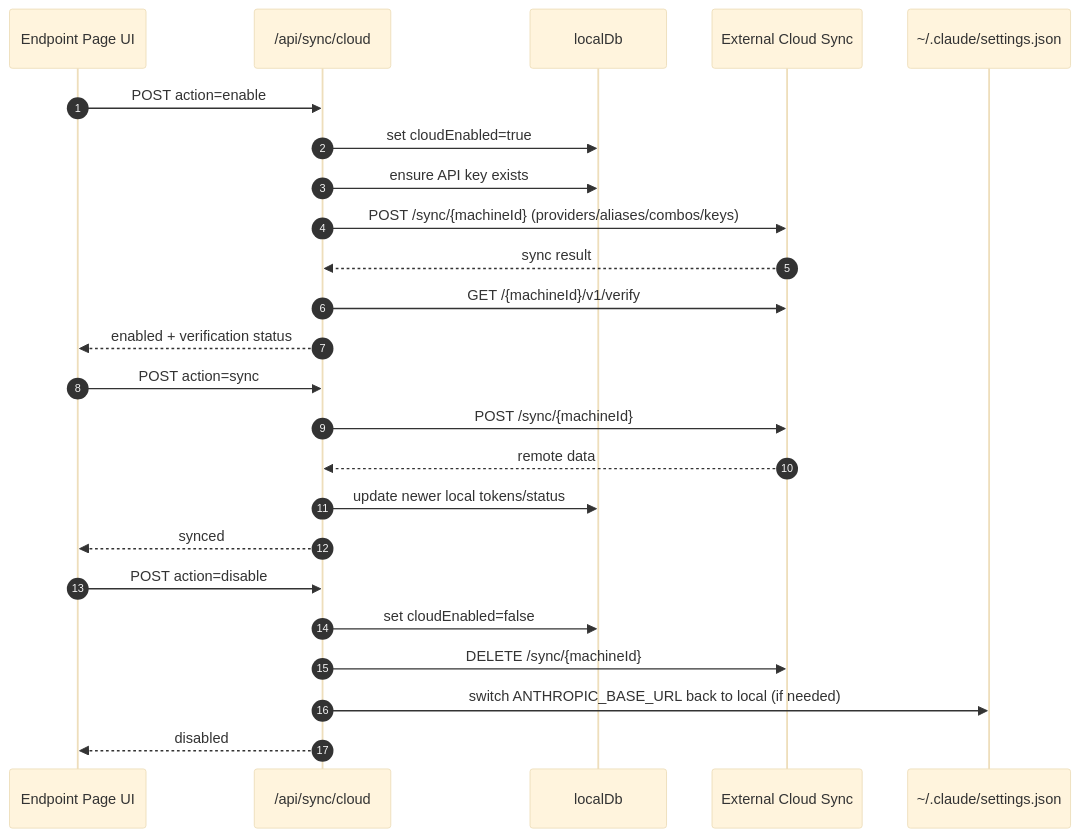
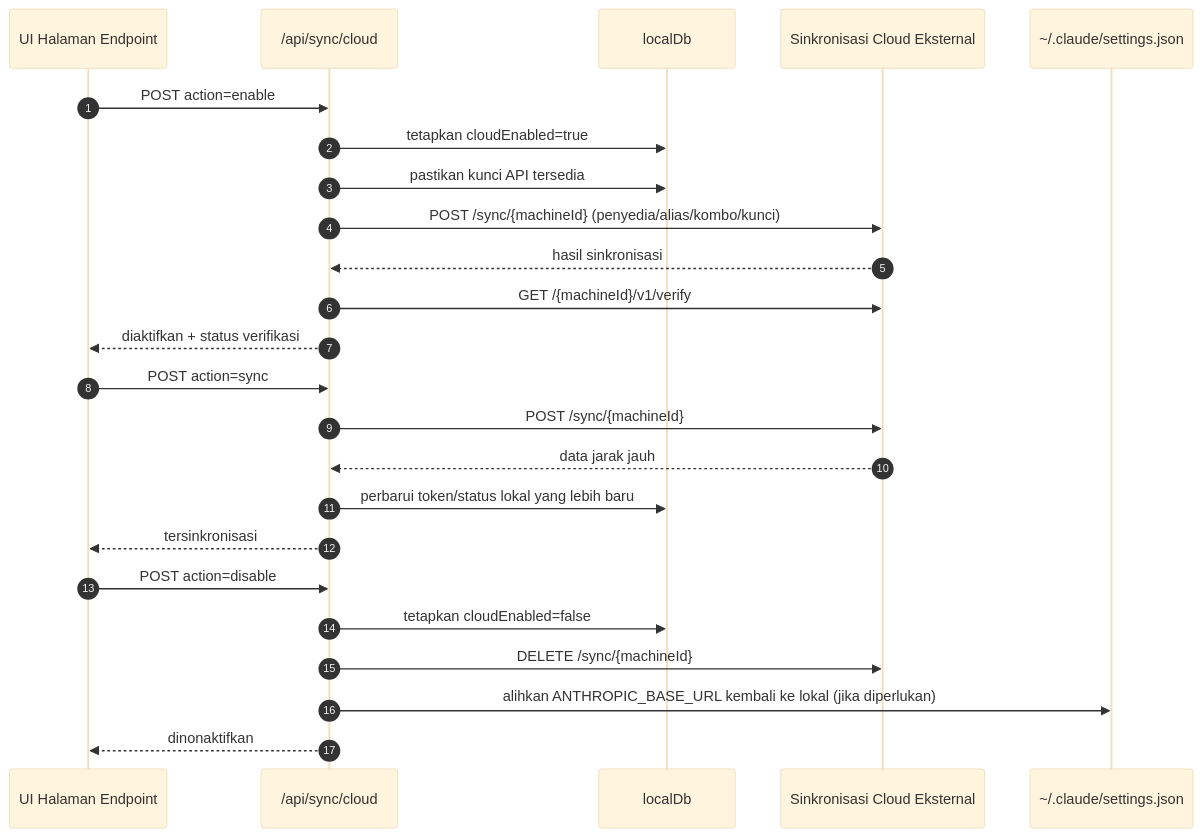
Before and after one commit to Abhijeet1520/OmniRoute: the fifth of 7 diagrams in docs/i18n/id/docs/architecture/ARCHITECTURE.md, drawn with Mermaid (base theme). The commit also changed other lines of this file and 1154 other files, not shown here.

````diff
--- a/docs/i18n/id/docs/architecture/ARCHITECTURE.md
+++ b/docs/i18n/id/docs/architecture/ARCHITECTURE.md
@@ -441,29 +667,29 @@
 ```mermaid
 sequenceDiagram
     autonumber
-    participant UI as Endpoint Page UI
+    participant UI as UI Halaman Endpoint
     participant Sync as /api/sync/cloud
     participant DB as localDb
-    participant Cloud as External Cloud Sync
+    participant Cloud as Sinkronisasi Cloud Eksternal
     participant Claude as ~/.claude/settings.json
 
     UI->>Sync: POST action=enable
-    Sync->>DB: set cloudEnabled=true
-    Sync->>DB: ensure API key exists
-    Sync->>Cloud: POST /sync/{machineId} (providers/aliases/combos/keys)
-    Cloud-->>Sync: sync result
+    Sync->>DB: tetapkan cloudEnabled=true
+    Sync->>DB: pastikan kunci API tersedia
+    Sync->>Cloud: POST /sync/{machineId} (penyedia/alias/kombo/kunci)
+    Cloud-->>Sync: hasil sinkronisasi
     Sync->>Cloud: GET /{machineId}/v1/verify
-    Sync-->>UI: enabled + verification status
+    Sync-->>UI: diaktifkan + status verifikasi
 
     UI->>Sync: POST action=sync
     Sync->>Cloud: POST /sync/{machineId}
-    Cloud-->>Sync: remote data
-    Sync->>DB: update newer local tokens/status
-    Sync-->>UI: synced
+    Cloud-->>Sync: data jarak jauh
+    Sync->>DB: perbarui token/status lokal yang lebih baru
+    Sync-->>UI: tersinkronisasi
 
     UI->>Sync: POST action=disable
-    Sync->>DB: set cloudEnabled=false
+    Sync->>DB: tetapkan cloudEnabled=false
     Sync->>Cloud: DELETE /sync/{machineId}
-    Sync->>Claude: switch ANTHROPIC_BASE_URL back to local (if needed)
-    Sync-->>UI: disabled
+    Sync->>Claude: alihkan ANTHROPIC_BASE_URL kembali ke lokal (jika diperlukan)
+    Sync-->>UI: dinonaktifkan
 ```
````
